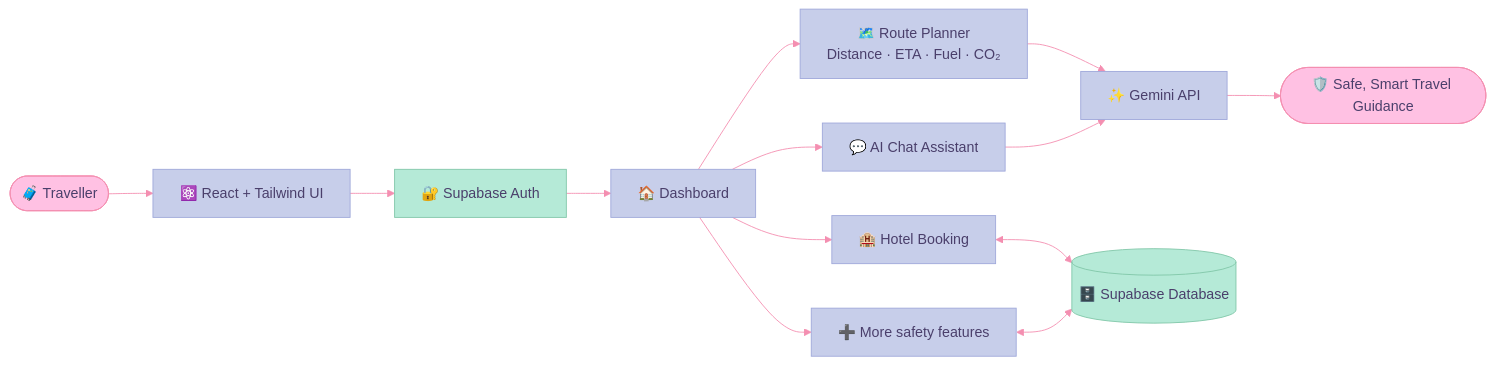
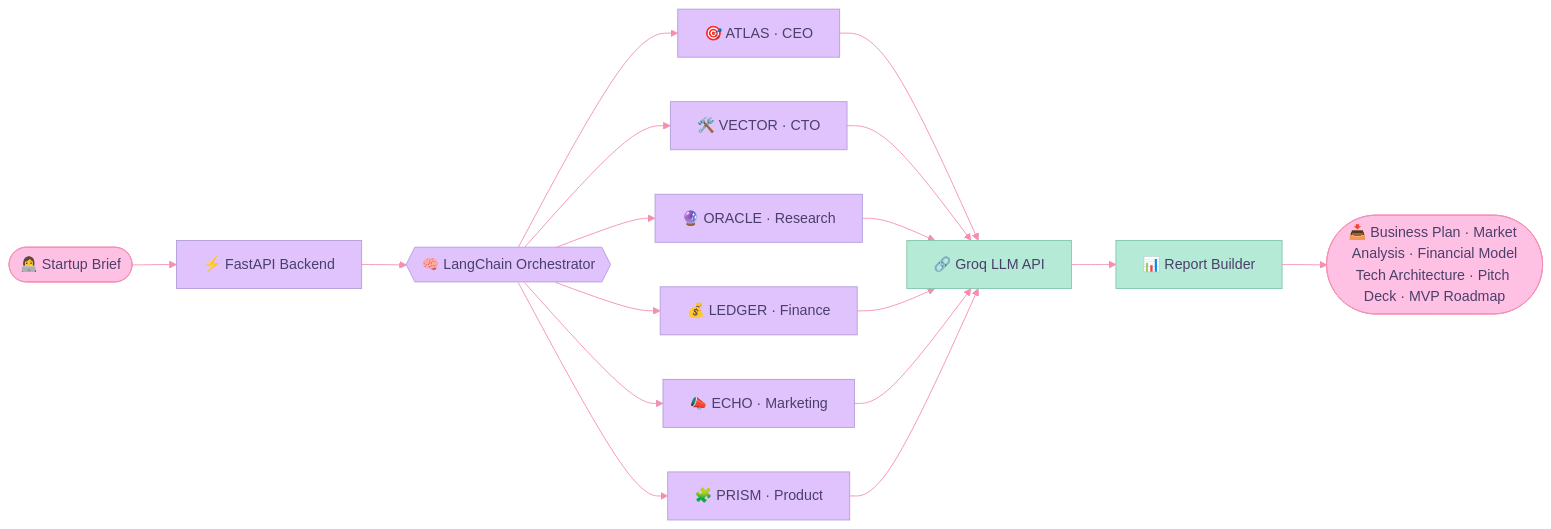
The first of 4 diagrams in README.md (Sayeedazaiba/Sayeedazaiba), drawn with Mermaid before and after one commit.

````diff
--- a/README.md
+++ b/README.md
@@ -135,20 +135,19 @@
 ```mermaid
-%%{init: {'theme':'base','themeVariables':{'primaryColor':'#C7CEEA','primaryTextColor':'#4A3F6B','primaryBorderColor':'#9FA8DA','lineColor':'#F48FB1','fontFamily':'Fira Code'}}}%%
+%%{init: {'theme':'base','themeVariables':{'primaryColor':'#E0C3FC','primaryTextColor':'#4A3F6B','primaryBorderColor':'#B39DDB','lineColor':'#F48FB1','secondaryColor':'#FFC1E3','tertiaryColor':'#B5EAD7','fontFamily':'Fira Code'}}}%%
 flowchart LR
-    T(["🧳 Traveller"]) --> UI["⚛️ React + Tailwind UI"]
-    UI --> AU["🔐 Supabase Auth"]
-    AU --> DASH["🏠 Dashboard"]
-    DASH --> F1["🏨 Hotel Booking"]
-    DASH --> F2["🗺️ Route Planner<br/>Distance · ETA · Fuel · CO₂"]
-    DASH --> F3["💬 AI Chat Assistant"]
-    DASH --> F4["➕ More safety features"]
-    F2 --> AI["✨ Gemini API"]
-    F3 --> AI
-    F1 <--> DB[("🗄️ Supabase Database")]
-    F4 <--> DB
-    AI --> OUT(["🛡️ Safe, Smart Travel Guidance"])
+    U(["👩‍💻 Startup Brief"]) --> API["⚡ FastAPI Backend"]
+    API --> O{{"🧠 LangChain Orchestrator"}}
+    O --> A1["🎯 ATLAS · CEO"]
+    O --> A2["🛠️ VECTOR · CTO"]
+    O --> A3["🔮 ORACLE · Research"]
+    O --> A4["💰 LEDGER · Finance"]
+    O --> A5["📣 ECHO · Marketing"]
+    O --> A6["🧩 PRISM · Product"]
+    A1 & A2 & A3 & A4 & A5 & A6 --> G["🔗 Groq LLM API"]
+    G --> R["📊 Report Builder"]
+    R --> D(["📥 Business Plan · Market Analysis · Financial Model<br/>Tech Architecture · Pitch Deck · MVP Roadmap"])
     classDef pink fill:#FFC1E3,stroke:#F48FB1,color:#4A3F6B
     classDef mint fill:#B5EAD7,stroke:#81C7A9,color:#4A3F6B
-    class T,OUT pink
-    class DB,AU mint
+    class U,D pink
+    class R,G mint
 ```
````
